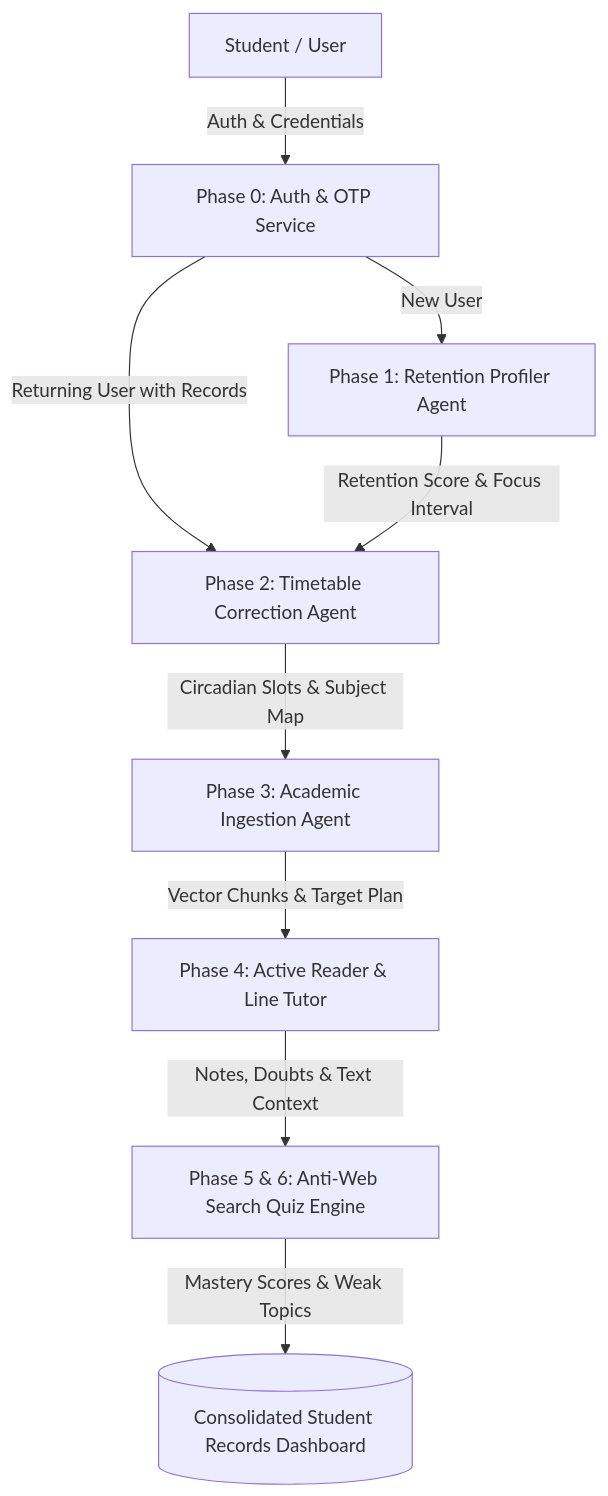
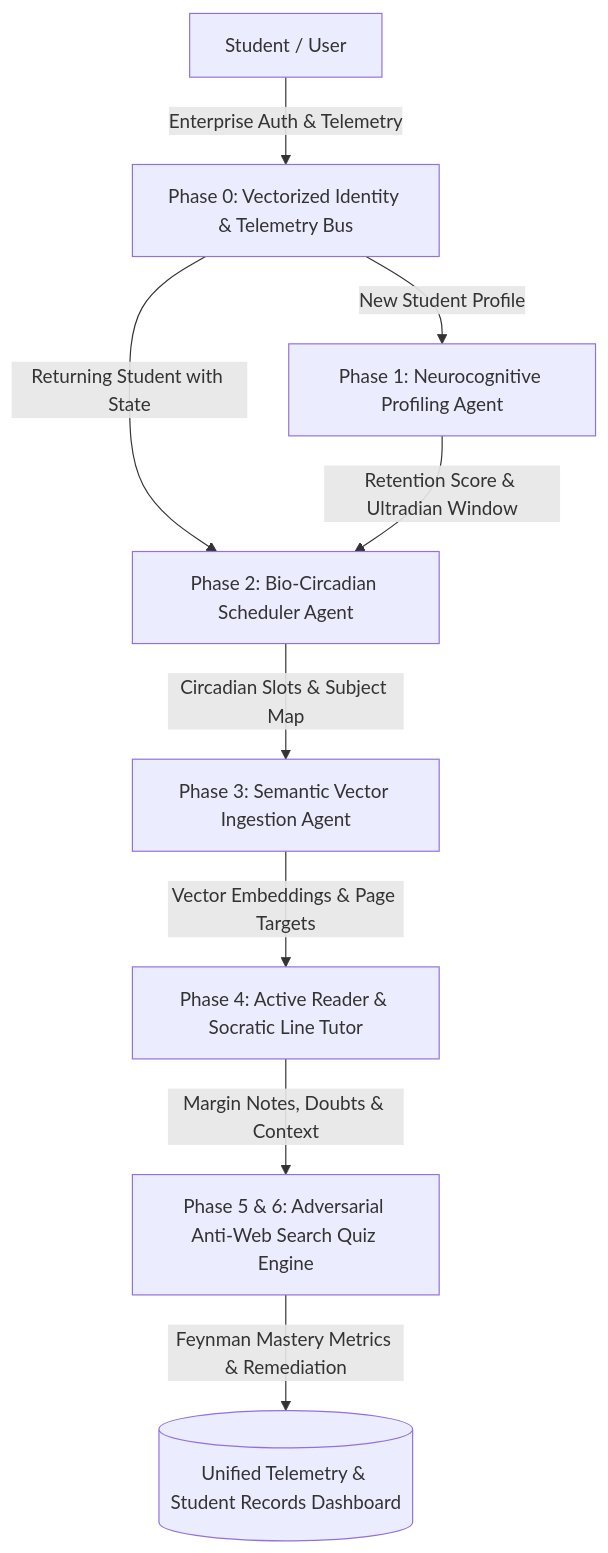
Before and after one commit to VikasHiremath14/study-prep-ai: the diagram in README.md, drawn with Mermaid. The commit also changed other lines of this file, not shown here.

Commit message:
docs: enrich project description with posh AI/ML, Agentic AI, neurocognitive science, and vector RAG architectural nomenclature

````diff
--- a/README.md
+++ b/README.md
@@ -33,11 +41,11 @@
 ```mermaid
 graph TD
-    A[Student / User] -->|Auth & Credentials| B[Phase 0: Auth & OTP Service]
-    B -->|New User| C[Phase 1: Retention Profiler Agent]
-    B -->|Returning User with Records| D[Phase 2: Timetable Correction Agent]
-    C -->|Retention Score & Focus Interval| D
-    D -->|Circadian Slots & Subject Map| E[Phase 3: Academic Ingestion Agent]
-    E -->|Vector Chunks & Target Plan| F[Phase 4: Active Reader & Line Tutor]
-    F -->|Notes, Doubts & Text Context| G[Phase 5 & 6: Anti-Web Search Quiz Engine]
-    G -->|Mastery Scores & Weak Topics| H[(Consolidated Student Records Dashboard)]
+    A[Student / User] -->|Enterprise Auth & Telemetry| B[Phase 0: Vectorized Identity & Telemetry Bus]
+    B -->|New Student Profile| C[Phase 1: Neurocognitive Profiling Agent]
+    B -->|Returning Student with State| D[Phase 2: Bio-Circadian Scheduler Agent]
+    C -->|Retention Score & Ultradian Window| D
+    D -->|Circadian Slots & Subject Map| E[Phase 3: Semantic Vector Ingestion Agent]
+    E -->|Vector Embeddings & Page Targets| F[Phase 4: Active Reader & Socratic Line Tutor]
+    F -->|Margin Notes, Doubts & Context| G[Phase 5 & 6: Adversarial Anti-Web Search Quiz Engine]
+    G -->|Feynman Mastery Metrics & Remediation| H[(Unified Telemetry & Student Records Dashboard)]
 ```
````
